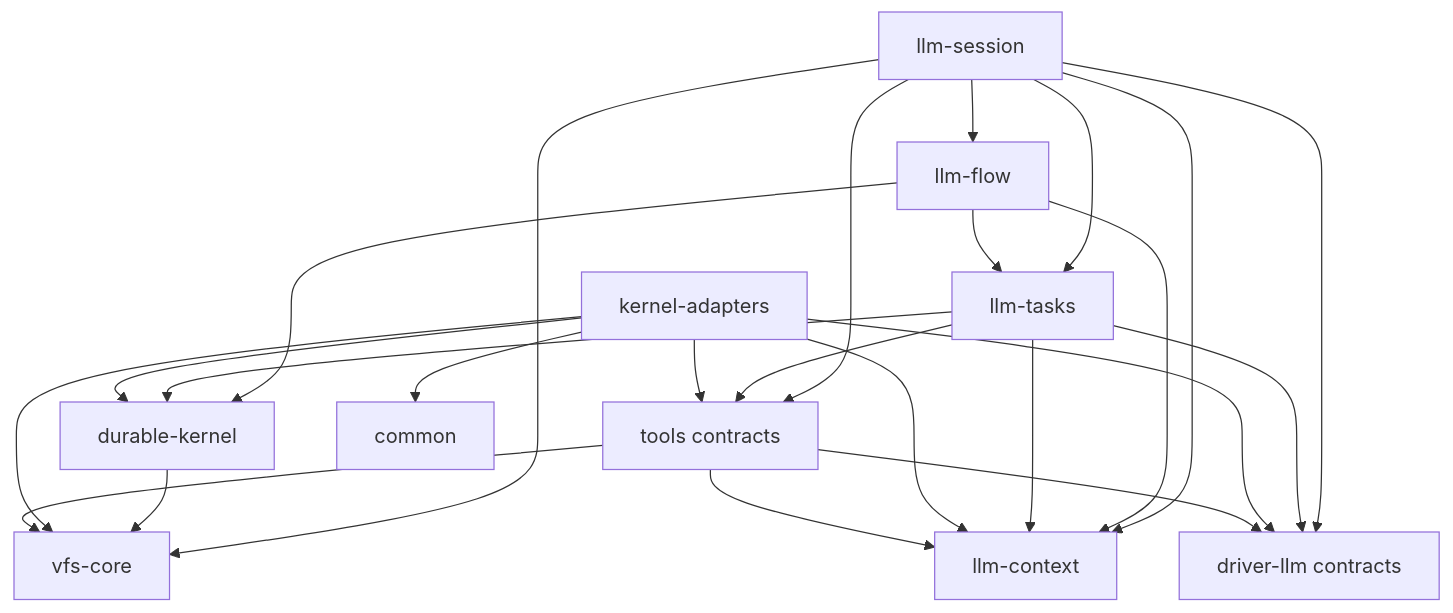
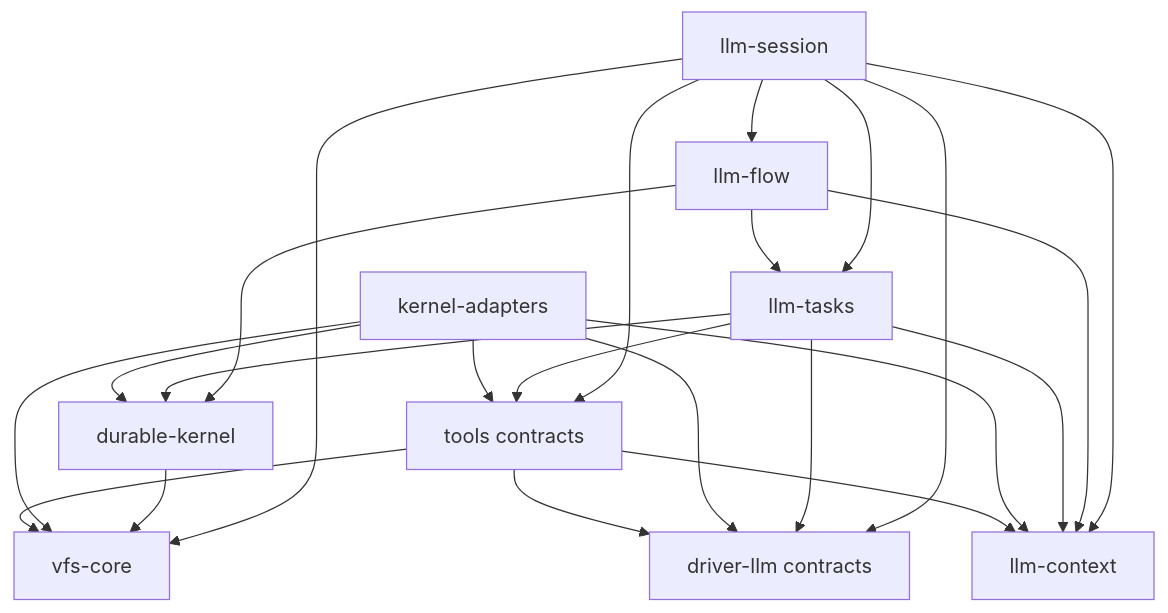
The third of 6 diagrams in doc/runtime-architecture.md (mushuanli/itookit), drawn with Mermaid before and after one commit. The commit also changed other lines of this file and 77 other files, not shown here.

````diff
--- a/doc/runtime-architecture.md
+++ b/doc/runtime-architecture.md
@@ -406,26 +406,25 @@
 ```mermaid
 flowchart TD
     Session[llm-session] --> Flow[llm-flow]
     Session --> Tasks[llm-tasks]
     Session --> Context[llm-context]
     Session --> Driver[driver-llm contracts]
     Session --> Tools[tools contracts]
     Session --> VFS[vfs-core]
     Flow --> Tasks
     Flow --> Kernel[durable-kernel]
     Flow --> Context
     Tasks --> Kernel
     Tasks --> Context
     Tasks --> Driver
     Tasks --> Tools
     Kernel --> VFS
     Adapters[kernel-adapters] --> Kernel
     Adapters --> Driver
     Adapters --> Tools
     Adapters --> Context
     Adapters --> VFS
-    Adapters --> Common[common]
     Tools --> VFS
     Tools --> Context
     Tools --> Driver
 ```
````
